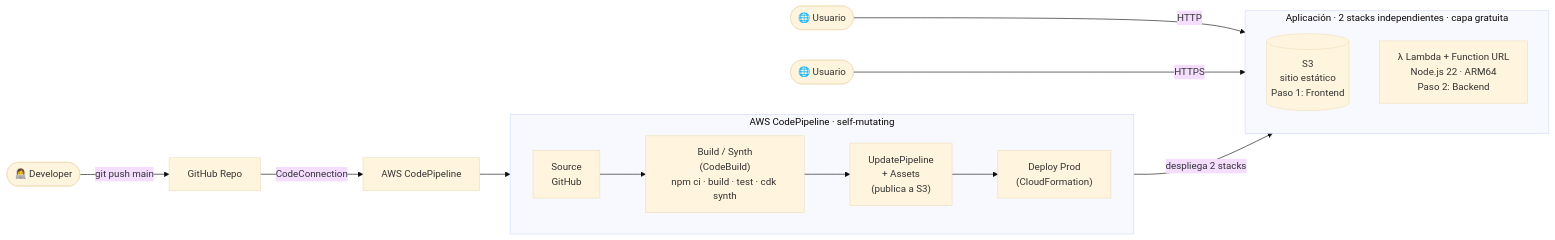
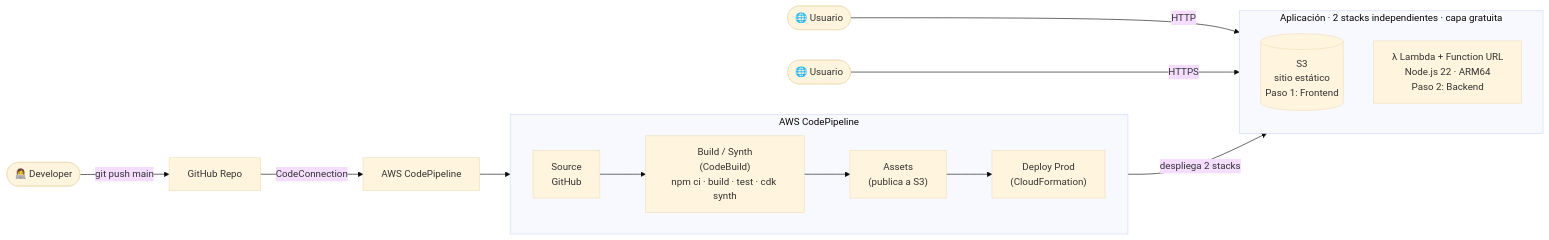
One commit to jothanpe/awsugpiura-cicd changed the diagram in README.md. Above: the diagram before and after it, drawn with Mermaid (base theme). The commit also changed other lines of this file and 2 other files, not shown here.

````diff
--- a/README.md
+++ b/README.md
@@ -16,24 +16,24 @@
 ```mermaid
 flowchart LR
     Dev([👩‍💻 Developer]) -->|git push main| GH[GitHub Repo]
     GH -->|CodeConnection| CP[AWS CodePipeline]
 
-    subgraph Pipeline [AWS CodePipeline · self-mutating]
+    subgraph Pipeline [AWS CodePipeline]
         direction LR
         S[Source\nGitHub] --> B["Build / Synth\n(CodeBuild)\nnpm ci · build · test · cdk synth"]
-        B --> M["UpdatePipeline\n+ Assets\n(publica a S3)"]
-        M --> D["Deploy Prod\n(CloudFormation)"]
+        B --> A["Assets\n(publica a S3)"]
+        A --> D["Deploy Prod\n(CloudFormation)"]
     end
 
     CP --> Pipeline
     D -->|despliega 2 stacks| APP
 
     subgraph APP [Aplicación · 2 stacks independientes · capa gratuita]
         direction TB
         S3[(S3\nsitio estático\nPaso 1: Frontend)]
         L[λ Lambda + Function URL\nNode.js 22 · ARM64\nPaso 2: Backend]
     end
 
     User([🌐 Usuario]) -->|HTTP| S3
     User2([🌐 Usuario]) -->|HTTPS| L
 ```
````
